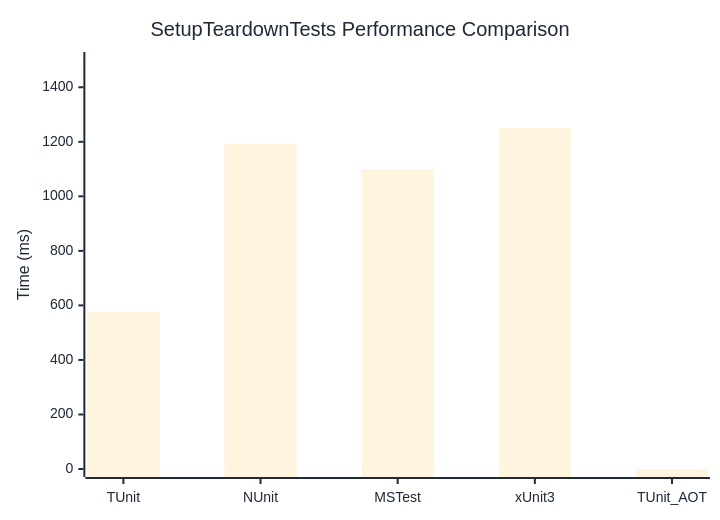
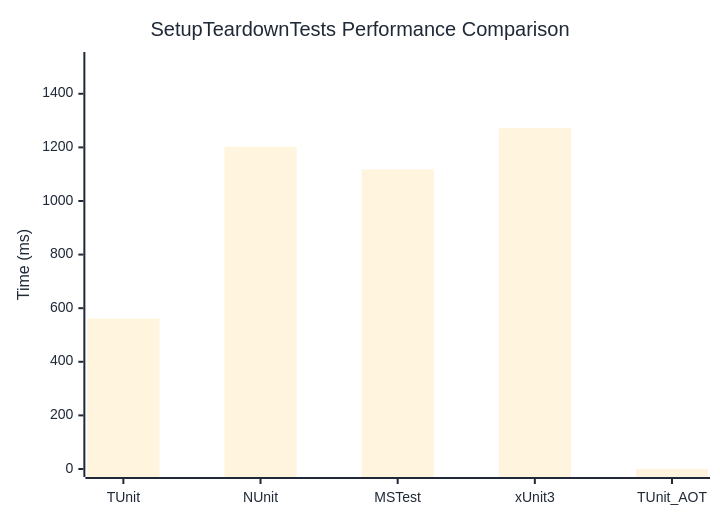
The diagram in docs/docs/benchmarks/SetupTeardownTests.md (thomhurst/TUnit), drawn with Mermaid before and after one commit. The commit also changed other lines of this file and 17 other files, not shown here.

````diff
--- a/docs/docs/benchmarks/SetupTeardownTests.md
+++ b/docs/docs/benchmarks/SetupTeardownTests.md
@@ -27,37 +27,37 @@
 ```mermaid
 %%{init: {
   'theme':'base',
   'themeVariables': {
     'primaryColor': '#2563eb',
     'primaryTextColor': '#1f2937',
     'primaryBorderColor': '#1e40af',
     'lineColor': '#6b7280',
     'secondaryColor': '#7c3aed',
     'tertiaryColor': '#dc2626',
     'background': '#ffffff',
     'mainBkg': '#2563eb',
     'secondBkg': '#7c3aed',
     'tertiaryBkg': '#dc2626',
     'clusterBkg': '#f3f4f6',
     'edgeLabelBackground': '#ffffff',
     'tertiaryTextColor': '#1f2937',
     'pie1': '#2563eb',
     'pie2': '#7c3aed',
     'pie3': '#dc2626',
     'pie4': '#f59e0b',
     'pie5': '#10b981',
     'pie6': '#06b6d4',
     'pie7': '#ec4899',
     'pie8': '#6366f1',
     'pie9': '#84cc16',
     'pie10': '#f97316',
     'pie11': '#14b8a6',
     'pie12': '#a855f7'
   }
 }}%%
 xychart-beta
   title "SetupTeardownTests Performance Comparison"
   x-axis ["TUnit", "NUnit", "MSTest", "xUnit3", "TUnit_AOT"]
-  y-axis "Time (ms)" 0 --> 1500
-  bar [577.3, 1193.1, 1098.6, 1249.9, 0]
+  y-axis "Time (ms)" 0 --> 1526
+  bar [561.4, 1202.3, 1117.6, 1271.6, 0]
 ```
````
